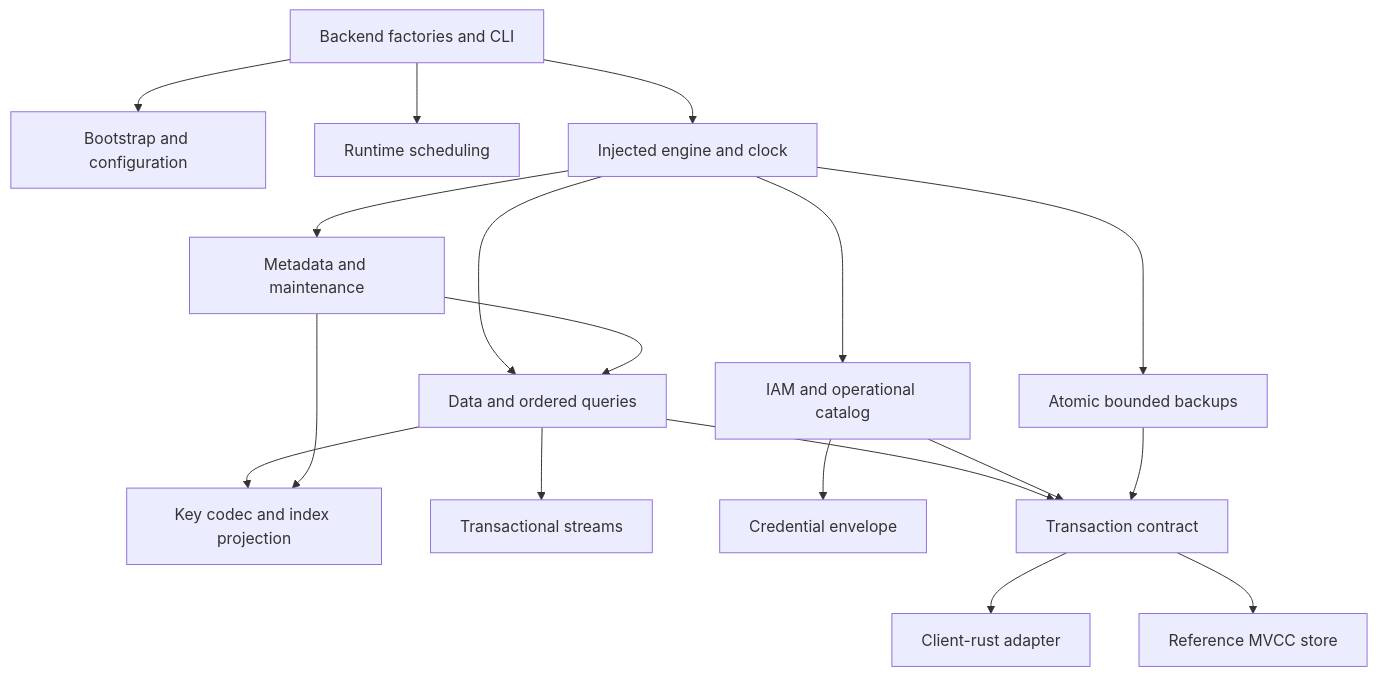
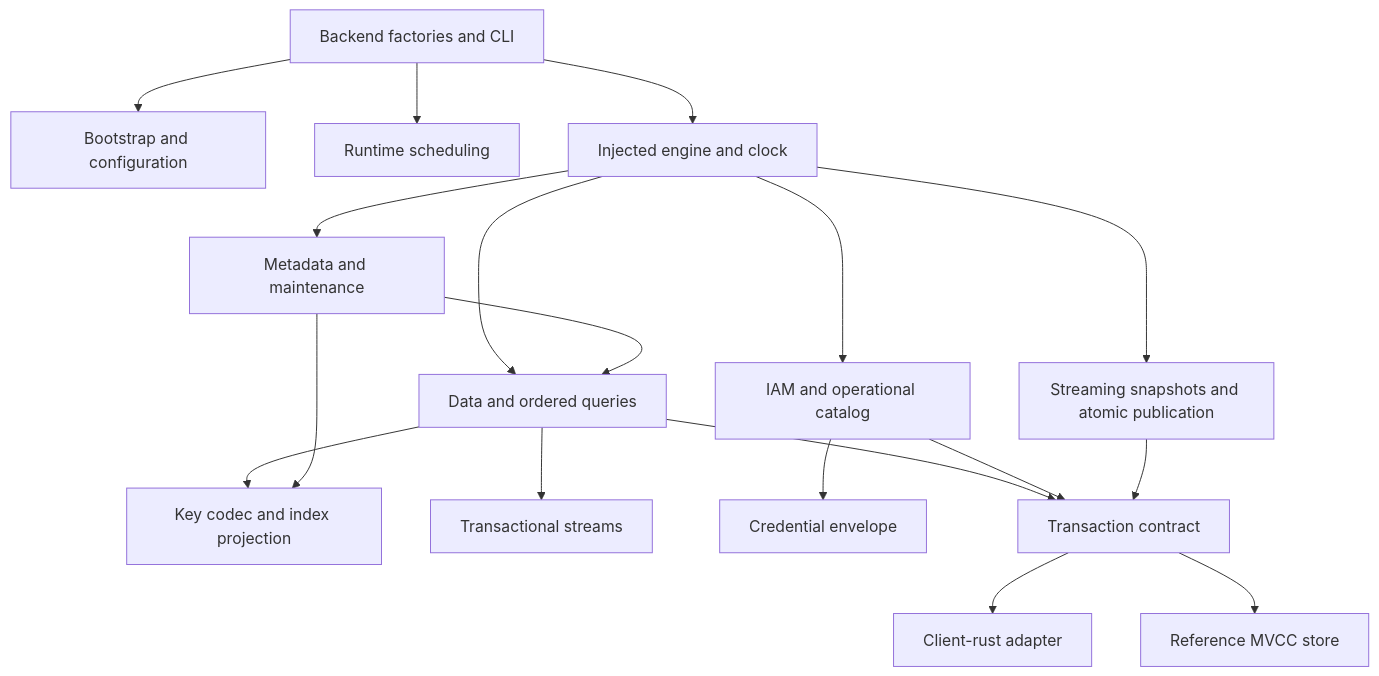
The diagram in docs/design/storage-tikv.md (siddontang/extenddb), drawn with Mermaid before and after one commit. The commit also changed other lines of this file and 19 other files, not shown here.

Commit message:
Stream TiKV backups with GC protection and atomic restore publication

````diff
--- a/docs/design/storage-tikv.md
+++ b/docs/design/storage-tikv.md
@@ -10,20 +10,20 @@
 ```mermaid
 flowchart TD
     CLI[Backend factories and CLI] --> BOOT[Bootstrap and configuration]
     CLI --> RUNTIME[Runtime scheduling]
     CLI --> ENGINE[Injected engine and clock]
     ENGINE --> DATA[Data and ordered queries]
     ENGINE --> CATALOG[IAM and operational catalog]
     ENGINE --> LIFE[Metadata and maintenance]
-    ENGINE --> BACKUP[Atomic bounded backups]
+    ENGINE --> BACKUP[Streaming snapshots and atomic publication]
     DATA --> PURE[Key codec and index projection]
     DATA --> STREAM[Transactional streams]
     LIFE --> PURE
     LIFE --> DATA
     CATALOG --> CRYPTO[Credential envelope]
     DATA --> KV[Transaction contract]
     CATALOG --> KV
     BACKUP --> KV
     KV --> REAL[Client-rust adapter]
     KV --> REF[Reference MVCC store]
 ```
````
